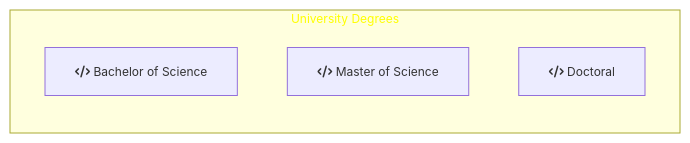
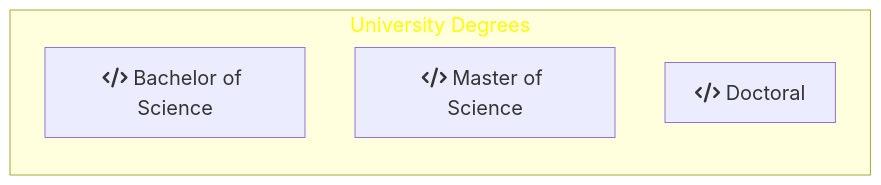
One commit to DippoldEJ/DippoldEJ changed the second of 2 diagrams in README.md. Above: the diagram before and after it, drawn with Mermaid. The commit also changed other lines of this file, not shown here.

````diff
--- a/README.md
+++ b/README.md
@@ -37,16 +37,16 @@
 ```mermaid
 flowchart LR;
 %%{init: {
-	'themeVariables': { 'fontSize': '12px', 'fontFamily': 'Didot'}
+	'themeVariables': { 'fontSize': '20px', 'fontFamily': 'Didot'}
 	}
 }%%
 
 subgraph h[University Degrees]
 direction TD
     s[fa:fa-code Bachelor of Science ]
     b[fa:fa-code Master of Science ]
     a[fa:fa-code Doctoral ]
     end
 
 style h color:#FFFF00
 ```
````
